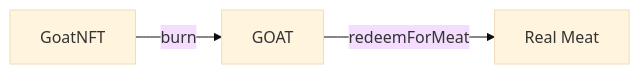
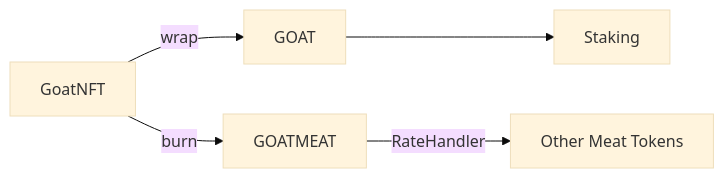
One commit to RetnaTyas/Revolusi-Moneter-5.0 changed the diagram in README.md. Above: the diagram before and after it, drawn with Mermaid (base theme). The commit also changed other lines of this file and 3 other files, not shown here.

Commit message:
docs: update flow and remove goat-meat swap

````diff
--- a/README.md
+++ b/README.md
@@ -36,5 +37,7 @@
 ```mermaid
 flowchart LR
-  GoatNFT -- "burn" --> GOAT
-  GOAT -- "redeemForMeat" --> RealMeat["Real Meat"]
+  GoatNFT -- "wrap" --> GOAT
+  GoatNFT -- "burn" --> GOATMEAT
+  GOAT --> Staking
+  GOATMEAT -- "RateHandler" --> ProductToken["Other Meat Tokens"]
 ```
````
